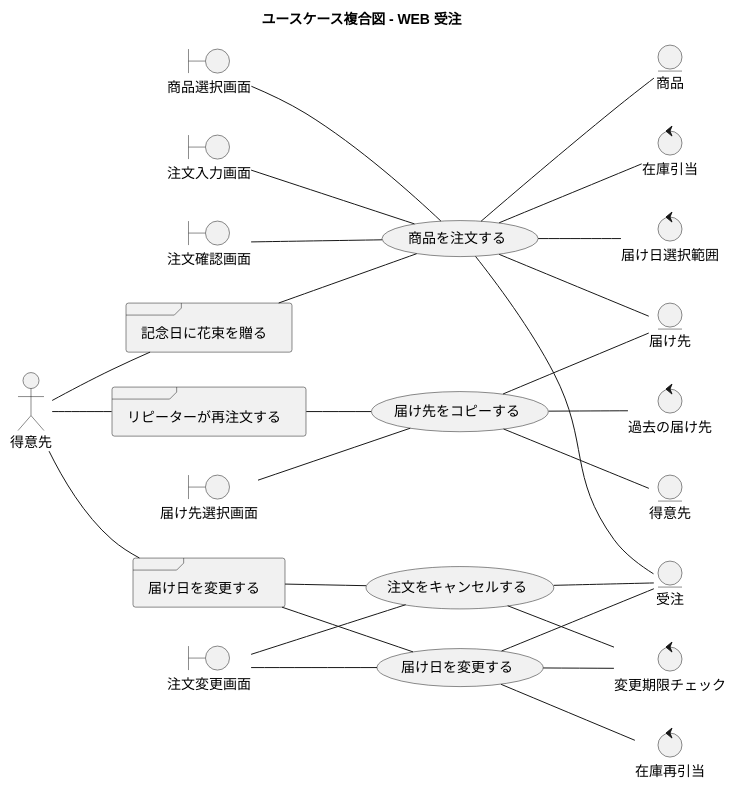
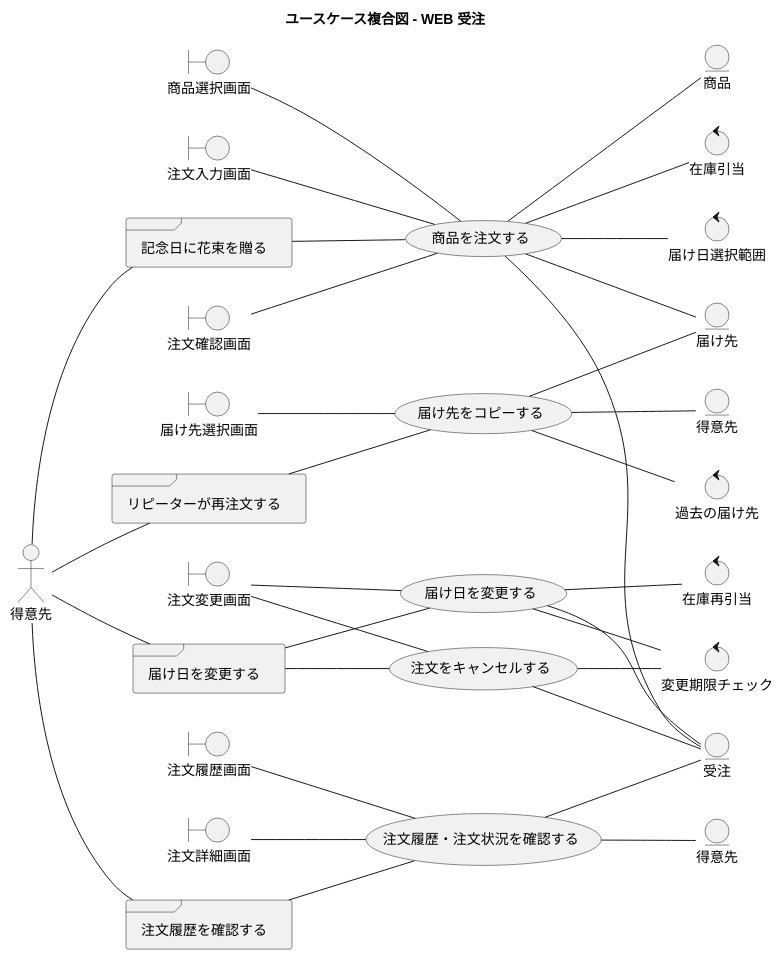
Diagram 14 of 21 in docs/requirements/requirements_definition.md (k2works/case-study-sdd-development), drawn with PlantUML before and after one commit. The commit also changed other lines of this file and 2 other files, not shown here.

````diff
--- a/docs/requirements/requirements_definition.md
+++ b/docs/requirements/requirements_definition.md
@@ -603,65 +659,78 @@
 ```plantuml
 @startuml
 
 title ユースケース複合図 - WEB 受注
 
 left to right direction
 
 actor "得意先" as customer
 
 frame "記念日に花束を贈る" as f01
 usecase "商品を注文する" as UC1
 boundary "商品選択画面" as b01
 boundary "注文入力画面" as b02
 boundary "注文確認画面" as b03
 entity "受注" as e01
 entity "商品" as e02
 entity "届け先" as e03
 control "在庫引当" as c01
 control "届け日選択範囲" as c02
 
 customer -- f01
 f01 -- UC1
 
 b01 -- UC1
 b02 -- UC1
 b03 -- UC1
 UC1 -- e01
 UC1 -- e02
 UC1 -- e03
 UC1 -- c01
 UC1 -- c02
 
 frame "リピーターが再注文する" as f02
 usecase "届け先をコピーする" as UC2
 boundary "届け先選択画面" as b04
 entity "得意先" as e04
 control "過去の届け先" as c03
 
 customer -- f02
 f02 -- UC2
 b04 -- UC2
 UC2 -- e03
 UC2 -- e04
 UC2 -- c03
 
 frame "届け日を変更する" as f03
 usecase "届け日を変更する" as UC3
 usecase "注文をキャンセルする" as UC4
 boundary "注文変更画面" as b05
 control "変更期限チェック" as c04
 control "在庫再引当" as c05
 
 customer -- f03
 f03 -- UC3
 f03 -- UC4
 b05 -- UC3
 b05 -- UC4
 UC3 -- e01
 UC3 -- c04
 UC3 -- c05
 UC4 -- e01
 UC4 -- c04
 
+frame "注文履歴を確認する" as f04
+usecase "注文履歴・注文状況を確認する" as UC5
+boundary "注文履歴画面" as b06
+boundary "注文詳細画面" as b07
+entity "得意先" as e05
+
+customer -- f04
+f04 -- UC5
+b06 -- UC5
+b07 -- UC5
+UC5 -- e01
+UC5 -- e05
+
 @enduml
 ```
````
